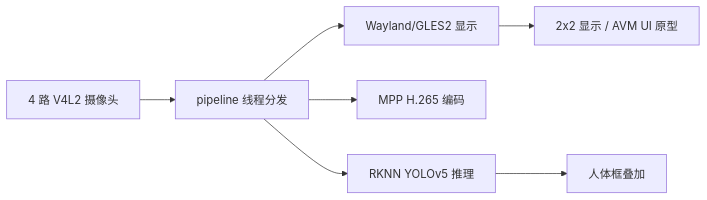
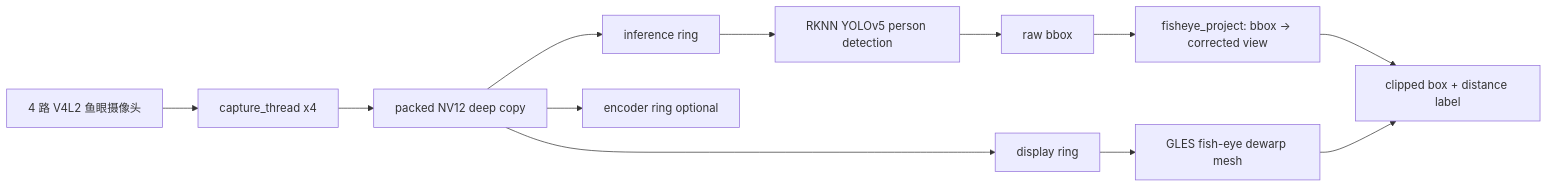
One commit to RRNLab0819/rk3568_video changed the diagram in README.md. Above: the diagram before and after it, drawn with Mermaid. The commit also changed other lines of this file and 4 other files, not shown here.

Commit message:
feat: add security fisheye distance overlay

````diff
--- a/README.md
+++ b/README.md
@@ -57,9 +98,14 @@
 ```mermaid
 flowchart LR
-    A["4 路 V4L2 摄像头"] --> B["pipeline 线程分发"]
-    B --> C["Wayland/GLES2 显示"]
-    B --> D["MPP H.265 编码"]
-    B --> E["RKNN YOLOv5 推理"]
-    E --> F["人体框叠加"]
-    C --> G["2x2 显示 / AVM UI 原型"]
+    A["4 路 V4L2 鱼眼摄像头"] --> B["capture_thread x4"]
+    B --> C["packed NV12 deep copy"]
+    C --> D["display ring"]
+    C --> E["inference ring"]
+    C --> F["encoder ring optional"]
+    D --> G["GLES fish-eye dewarp mesh"]
+    E --> H["RKNN YOLOv5 person detection"]
+    H --> I["raw bbox"]
+    I --> J["fisheye_project: bbox -> corrected view"]
+    J --> K["clipped box + distance label"]
+    G --> K
 ```
````
